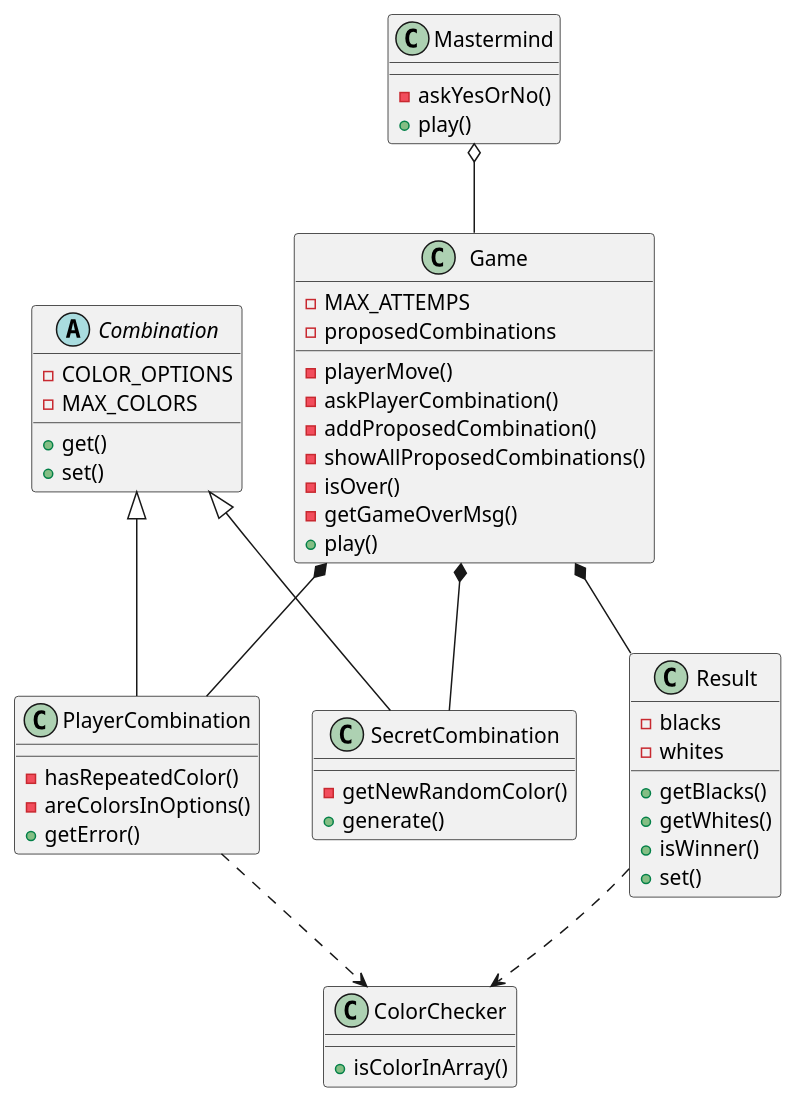
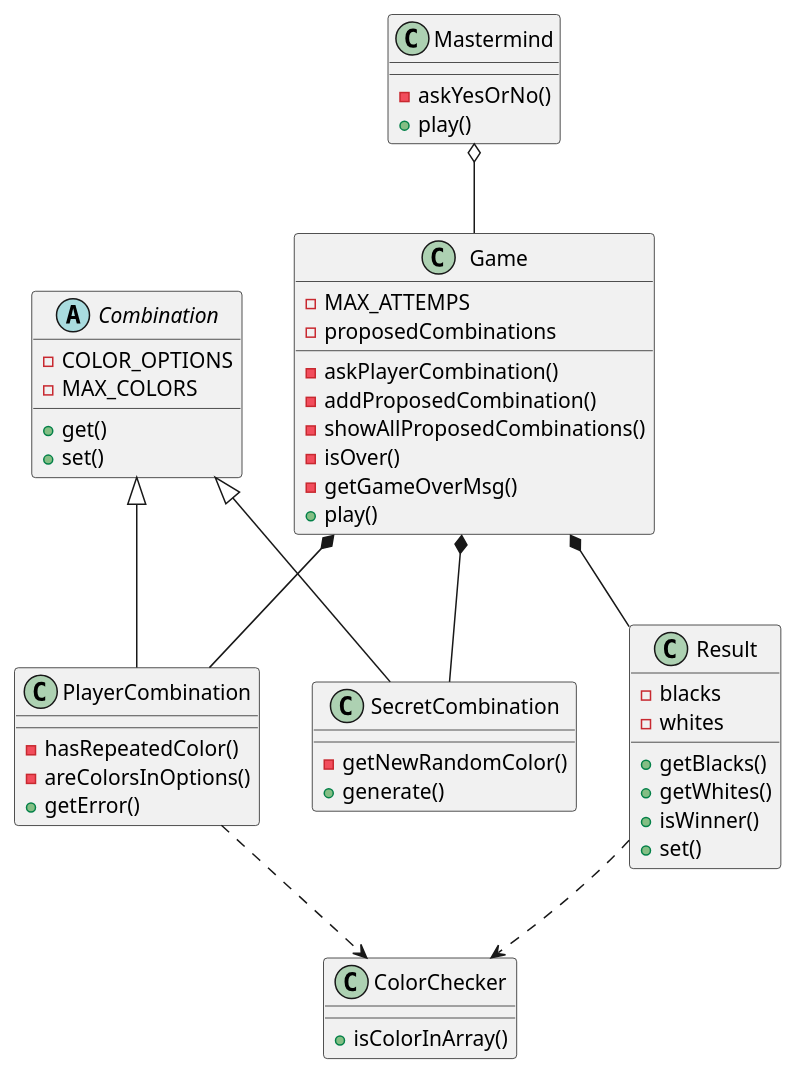
The diagram in Javascript/006.Mastermind/docs/domain-model.plantUML (CheDosMistos/kung-fu), drawn with PlantUML before and after one commit.

```diff
--- a/Javascript/006.Mastermind/docs/domain-model.plantUML
+++ b/Javascript/006.Mastermind/docs/domain-model.plantUML
@@ -1,51 +1,50 @@
 @startuml ClassModel
 class Mastermind {
     -askYesOrNo()
     +play()
 }
 class Game{
     -MAX_ATTEMPS
     -proposedCombinations
-    -playerMove()
     -askPlayerCombination()
     -addProposedCombination()
     -showAllProposedCombinations()
     -isOver()
     -getGameOverMsg()
     +play()
 }
 abstract Combination{
     -COLOR_OPTIONS
     -MAX_COLORS
     +get()
     +set()
 }
 class SecretCombination{
     -getNewRandomColor()
     +generate()
 }
 class PlayerCombination{
     -hasRepeatedColor()
     -areColorsInOptions()
     +getError()
 }
 class Result{
     -blacks
     -whites
     +getBlacks()
     +getWhites()
     +isWinner()
     +set()
 }
 class ColorChecker{
     +isColorInArray()
 }
 Mastermind o-- Game
 Game *-- SecretCombination
 Game *-- PlayerCombination
 Game *-- Result
 Combination <|-- SecretCombination
 Combination <|-- PlayerCombination
 Result ..> ColorChecker
 PlayerCombination ..> ColorChecker
 @enduml
```
